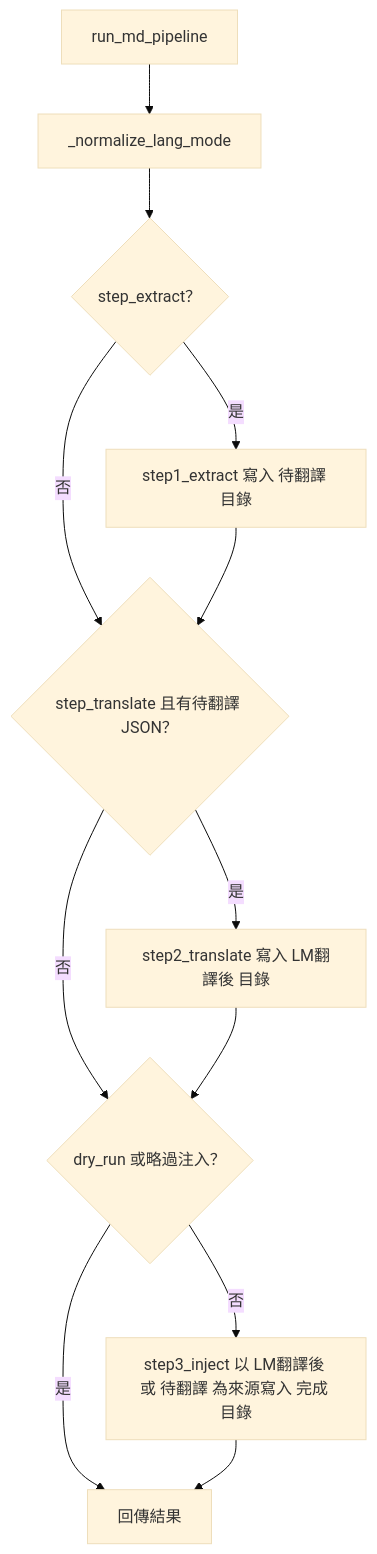
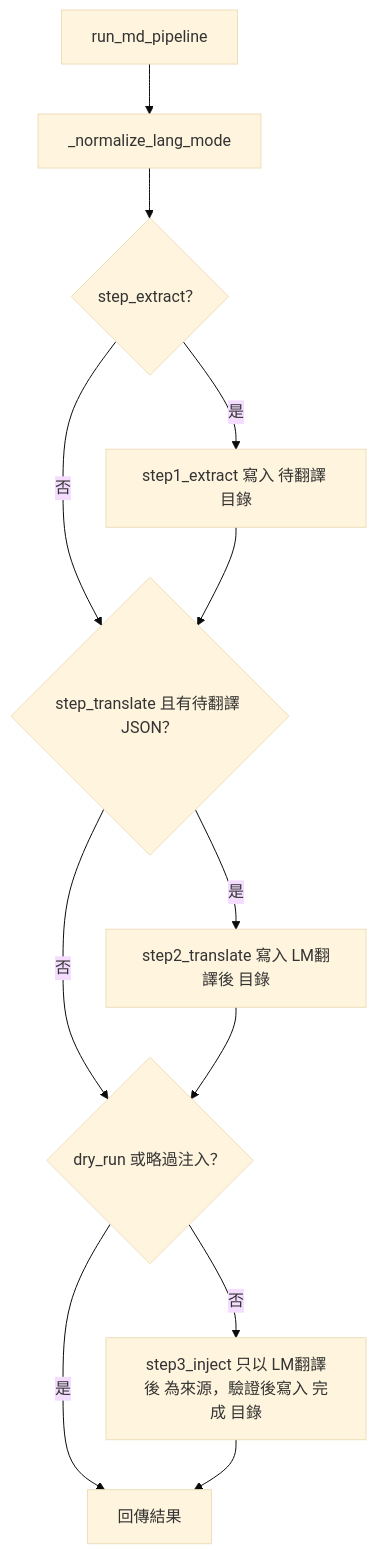
One commit to jlin53882/Minecraft-translate changed the second of 2 diagrams in docs/page_flows/translation.md. Above: the diagram before and after it, drawn with Mermaid (base theme). The commit also changed other lines of this file and 11 other files, not shown here.

````diff
--- a/docs/page_flows/translation.md
+++ b/docs/page_flows/translation.md
@@ -37,14 +37,14 @@
 ```mermaid
 flowchart TD
   A["run_md_pipeline"] --> B["_normalize_lang_mode"]
   B --> C{"step_extract？"}
   C -- 是 --> D["step1_extract 寫入 待翻譯 目錄"]
   C -- 否 --> E
   D --> E{"step_translate 且有待翻譯 JSON？"}
   E -- 是 --> F["step2_translate 寫入 LM翻譯後 目錄"]
   E -- 否 --> G
   F --> G{"dry_run 或略過注入？"}
-  G -- 否 --> H["step3_inject 以 LM翻譯後 或 待翻譯 為來源寫入 完成 目錄"]
+  G -- 否 --> H["step3_inject 只以 LM翻譯後 為來源，驗證後寫入 完成 目錄"]
   G -- 是 --> I["回傳結果"]
   H --> I
 ```
````
